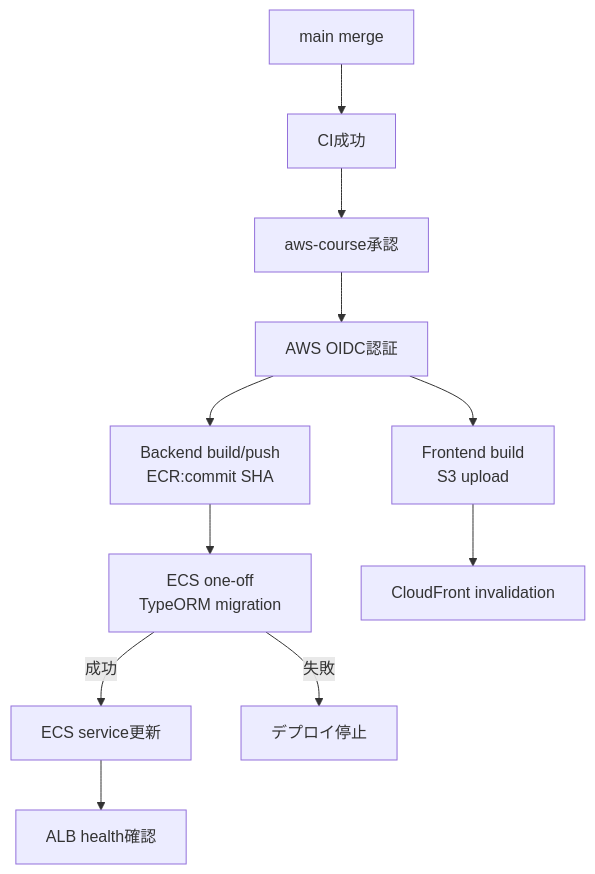
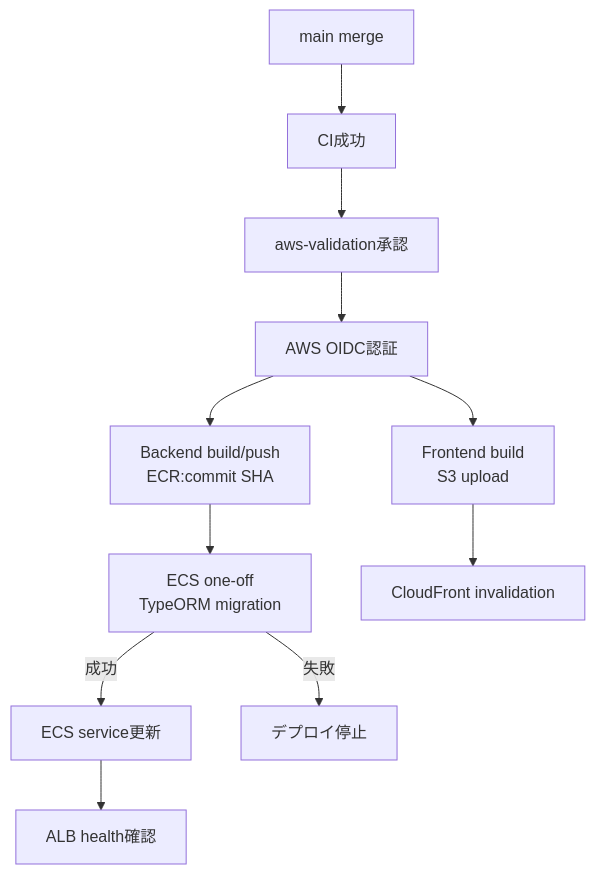
The third of 3 diagrams in docs/design/ci-cd.md (Hiroyuki-12/FieldFlow), drawn with Mermaid before and after one commit. The commit also changed other lines of this file and 18 other files, not shown here.

````diff
--- a/docs/design/ci-cd.md
+++ b/docs/design/ci-cd.md
@@ -98,13 +98,13 @@
 ```mermaid
 flowchart TD
     M[main merge] --> CI[CI成功]
-    CI --> A[aws-course承認]
+    CI --> A[aws-validation承認]
     A --> OIDC[AWS OIDC認証]
     OIDC --> IMG["Backend build/push<br/>ECR:commit SHA"]
     OIDC --> WEB["Frontend build<br/>S3 upload"]
     IMG --> MIG["ECS one-off<br/>TypeORM migration"]
     MIG -->|成功| ECS[ECS service更新]
     MIG -->|失敗| STOP[デプロイ停止]
     ECS --> HC[ALB health確認]
     WEB --> INV[CloudFront invalidation]
 ```
````
